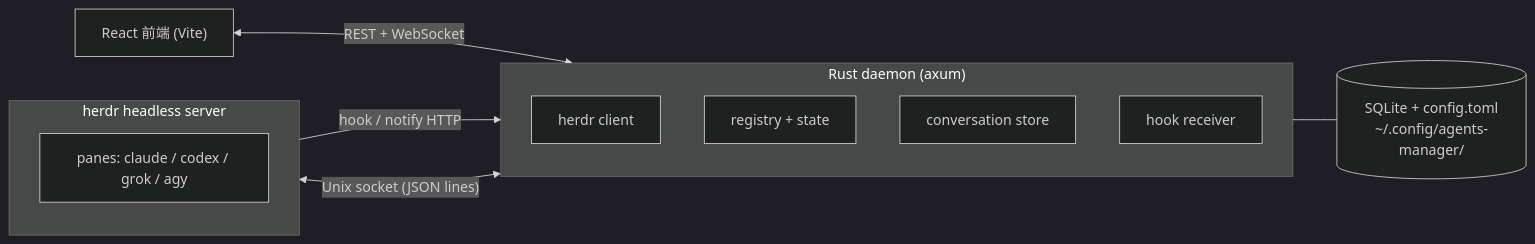
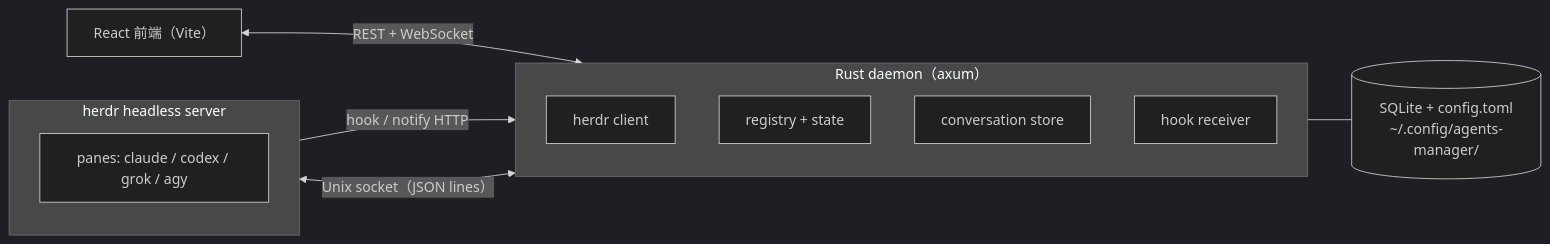
Before and after one commit to Eden-Sun/agents-manager: the diagram in README.zh-TW.md, drawn with Mermaid (dark theme). The commit also changed other lines of this file and 1 other file, not shown here.

First line of the commit message:
docs(readme): 補主要功能分組清單與 Orca 對比表，定位句先講用途再講 herdr

````diff
--- a/README.zh-TW.md
+++ b/README.zh-TW.md
@@ -65,21 +129,21 @@
 ```mermaid
 flowchart LR
-    web["React 前端 (Vite)"]
-    subgraph daemon["Rust daemon (axum)"]
+    web["React 前端（Vite）"]
+    subgraph daemon["Rust daemon（axum）"]
         direction TB
         d1["herdr client"]
         d2["registry + state"]
         d3["conversation store"]
         d4["hook receiver"]
     end
     store[("SQLite + config.toml<br/>~/.config/agents-manager/")]
     subgraph herdr["herdr headless server"]
         direction TB
         panes["panes: claude / codex / grok / agy"]
     end
 
     web <-- "REST + WebSocket" --> daemon
-    daemon <-- "Unix socket (JSON lines)" --> herdr
+    daemon <-- "Unix socket（JSON lines）" --> herdr
     panes -- "hook / notify HTTP" --> d4
     daemon --- store
 ```
````
